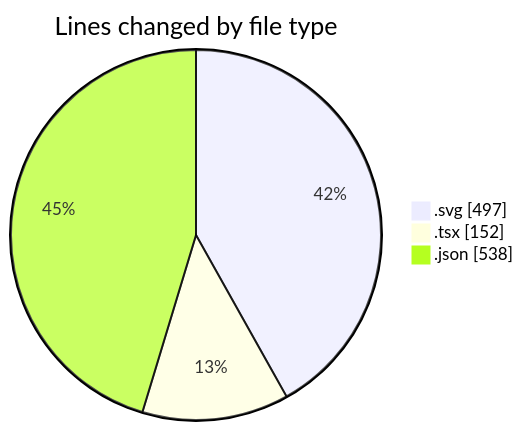
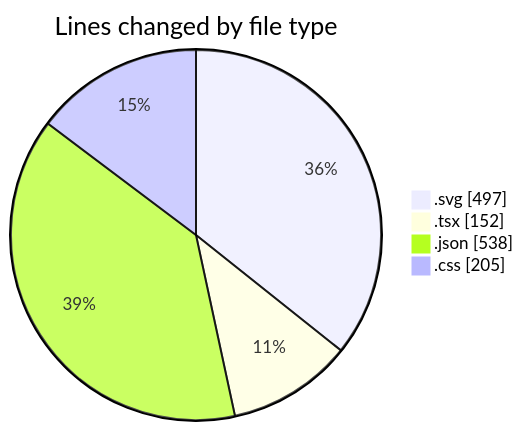
Before and after one commit to EIIisD/code-tracking: the first of 2 diagrams in 2025-08-06/tw-server/README.md, drawn with Mermaid. The commit also changed other lines of this file and 1 other file, not shown here.

````diff
--- a/2025-08-06/tw-server/README.md
+++ b/2025-08-06/tw-server/README.md
@@ -30,7 +31,8 @@
 ```mermaid
 pie showData
 title Lines changed by file type
 ".svg" : 497
 ".tsx" : 152
 ".json" : 538
+".css" : 205
 ```
````
